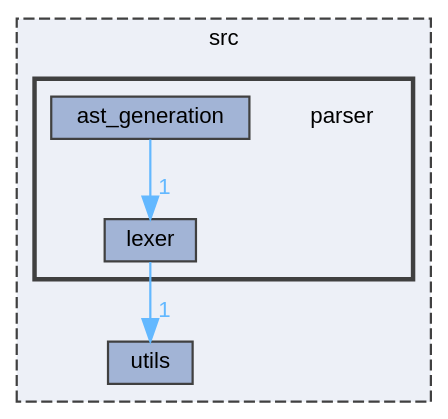
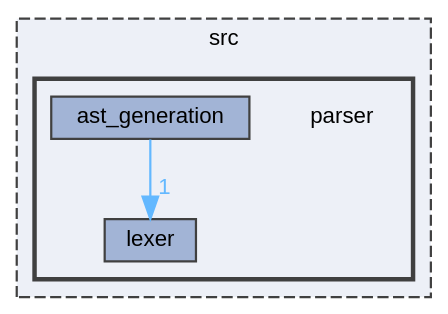
One commit to kejunp/kejunp.github.io changed the diagram in pebbl/docs/dir_6cd8491d143eb218b70983dbdb3c58bc_dep.dot. Above: the diagram before and after it, drawn with Graphviz. The commit also changed 37 other files, not shown here.

```diff
--- a/pebbl/docs/dir_6cd8491d143eb218b70983dbdb3c58bc_dep.dot
+++ b/pebbl/docs/dir_6cd8491d143eb218b70983dbdb3c58bc_dep.dot
@@ -1,20 +1,18 @@
 digraph "src/parser"
 {
  // LATEX_PDF_SIZE
   bgcolor="transparent";
   edge [fontname=Helvetica,fontsize=10,labelfontname=Helvetica,labelfontsize=10];
   node [fontname=Helvetica,fontsize=10,shape=box,height=0.2,width=0.4];
   compound=true
   subgraph clusterdir_68267d1309a1af8e8297ef4c3efbcdba {
     graph [ bgcolor="#edf0f7", pencolor="grey25", label="src", fontname=Helvetica,fontsize=10 style="filled,dashed", URL="dir_68267d1309a1af8e8297ef4c3efbcdba.html",tooltip=""]
-  dir_313caf1132e152dd9b58bea13a4052ca [label="utils", fillcolor="#a2b4d6", color="grey25", style="filled", URL="dir_313caf1132e152dd9b58bea13a4052ca.html",tooltip=""];
   subgraph clusterdir_6cd8491d143eb218b70983dbdb3c58bc {
     graph [ bgcolor="#edf0f7", pencolor="grey25", label="", fontname=Helvetica,fontsize=10 style="filled,bold", URL="dir_6cd8491d143eb218b70983dbdb3c58bc.html",tooltip=""]
     dir_6cd8491d143eb218b70983dbdb3c58bc [shape=plaintext, label="parser"];
   dir_9722df9a997872902d743a3c4c2bf3cb [label="ast_generation", fillcolor="#a2b4d6", color="grey25", style="filled", URL="dir_9722df9a997872902d743a3c4c2bf3cb.html",tooltip=""];
   dir_7a43006265ec3b3dc577f500dd09a803 [label="lexer", fillcolor="#a2b4d6", color="grey25", style="filled", URL="dir_7a43006265ec3b3dc577f500dd09a803.html",tooltip=""];
   }
   }
   dir_9722df9a997872902d743a3c4c2bf3cb->dir_7a43006265ec3b3dc577f500dd09a803 [headlabel="1", labeldistance=1.5 headhref="dir_000000_000001.html" href="dir_000000_000001.html" color="steelblue1" fontcolor="steelblue1"];
-  dir_7a43006265ec3b3dc577f500dd09a803->dir_313caf1132e152dd9b58bea13a4052ca [headlabel="1", labeldistance=1.5 headhref="dir_000001_000004.html" href="dir_000001_000004.html" color="steelblue1" fontcolor="steelblue1"];
 }
```
